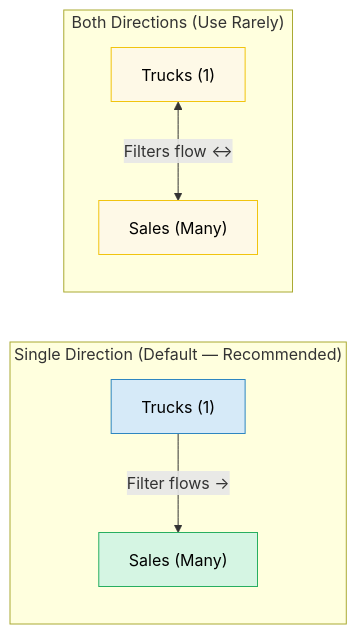
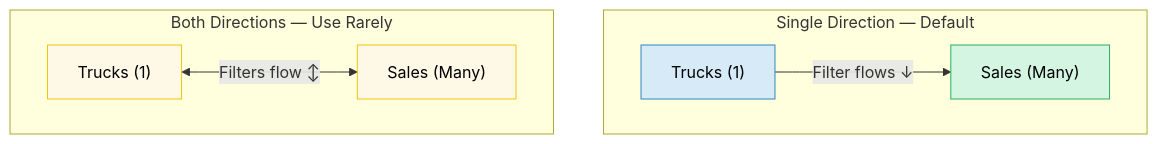
Before and after one commit to c-marq/sabor-miami-bi-course: the second of 4 diagrams in textbook/part3-data-modeling/chapter-08-data-modeling-fundamentals.md, drawn with Mermaid. The commit also changed other lines of this file, not shown here.

````diff
--- a/textbook/part3-data-modeling/chapter-08-data-modeling-fundamentals.md
+++ b/textbook/part3-data-modeling/chapter-08-data-modeling-fundamentals.md
@@ -396,14 +396,14 @@
 ```mermaid
-graph LR
-    subgraph "Single Direction (Default — Recommended)"
-        T1["Trucks (1)"] -- "Filter flows →" --> S1["Sales (Many)"]
+graph TD
+    subgraph S1 ["Single Direction — Default"]
+        T1["Trucks (1)"] -- "Filter flows ↓" --> S1a["Sales (Many)"]
     end
-    subgraph "Both Directions (Use Rarely)"
-        T2["Trucks (1)"] <-- "Filters flow ↔" --> S2["Sales (Many)"]
+    subgraph S2 ["Both Directions — Use Rarely"]
+        T2["Trucks (1)"] <-- "Filters flow ↕" --> S2a["Sales (Many)"]
     end
 
     style T1 fill:#D6EAF8,stroke:#2E86C1,color:#000
-    style S1 fill:#D5F5E3,stroke:#27AE60,color:#000
+    style S1a fill:#D5F5E3,stroke:#27AE60,color:#000
     style T2 fill:#FEF9E7,stroke:#F1C40F,color:#000
-    style S2 fill:#FEF9E7,stroke:#F1C40F,color:#000
+    style S2a fill:#FEF9E7,stroke:#F1C40F,color:#000
 ```
````
